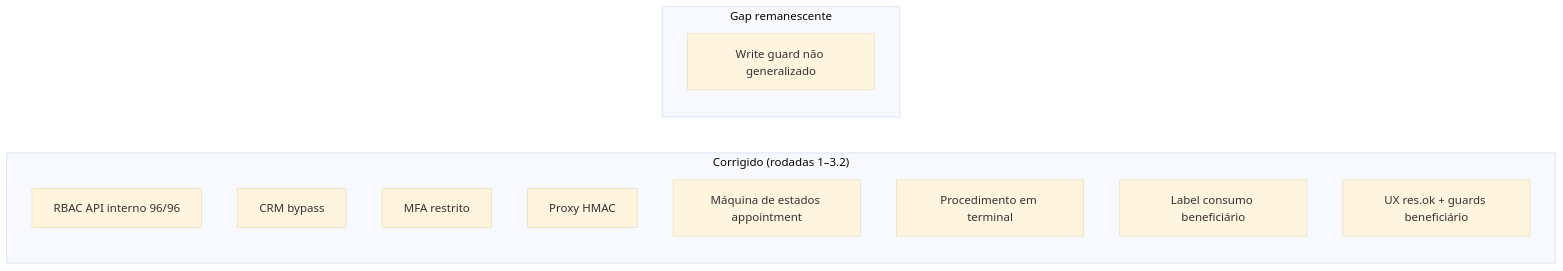
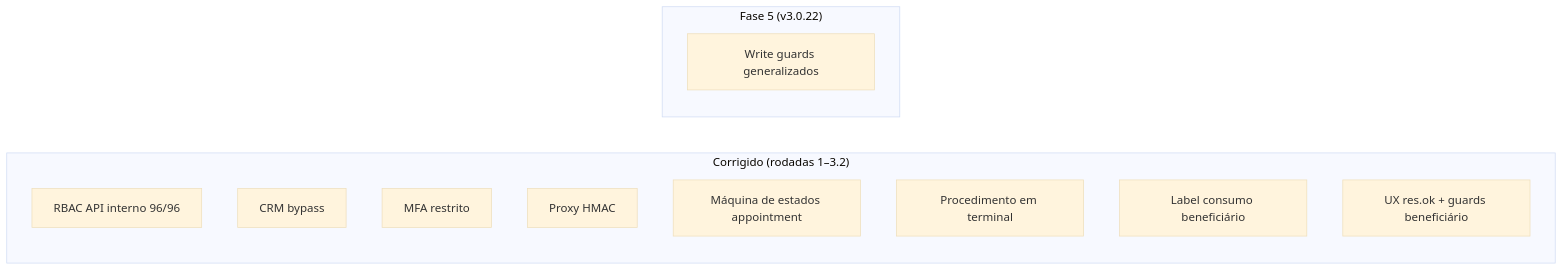
One commit to Piulres/sistema-bibi changed the diagram in docs/produto/AUDITORIA_FLUXOS.md. Above: the diagram before and after it, drawn with Mermaid (base theme). The commit also changed other lines of this file and 5 other files, not shown here.

First line of the commit message:
docs(rbac): alinha Fase 5 write guards na documentação operacional

````diff
--- a/docs/produto/AUDITORIA_FLUXOS.md
+++ b/docs/produto/AUDITORIA_FLUXOS.md
@@ -64,16 +65,16 @@
 ```mermaid
 flowchart LR
   subgraph OK["Corrigido (rodadas 1–3.2)"]
     R[RBAC API interno 96/96]
     C[CRM bypass]
     M[MFA restrito]
     X[Proxy HMAC]
     S[Máquina de estados appointment]
     P[Procedimento em terminal]
     B[Label consumo beneficiário]
     U[UX res.ok + guards beneficiário]
   end
-  subgraph GAP["Gap remanescente"]
-    W[Write guard não generalizado]
+  subgraph F5["Fase 5 (v3.0.22)"]
+    W[Write guards generalizados]
   end
 ```
````
